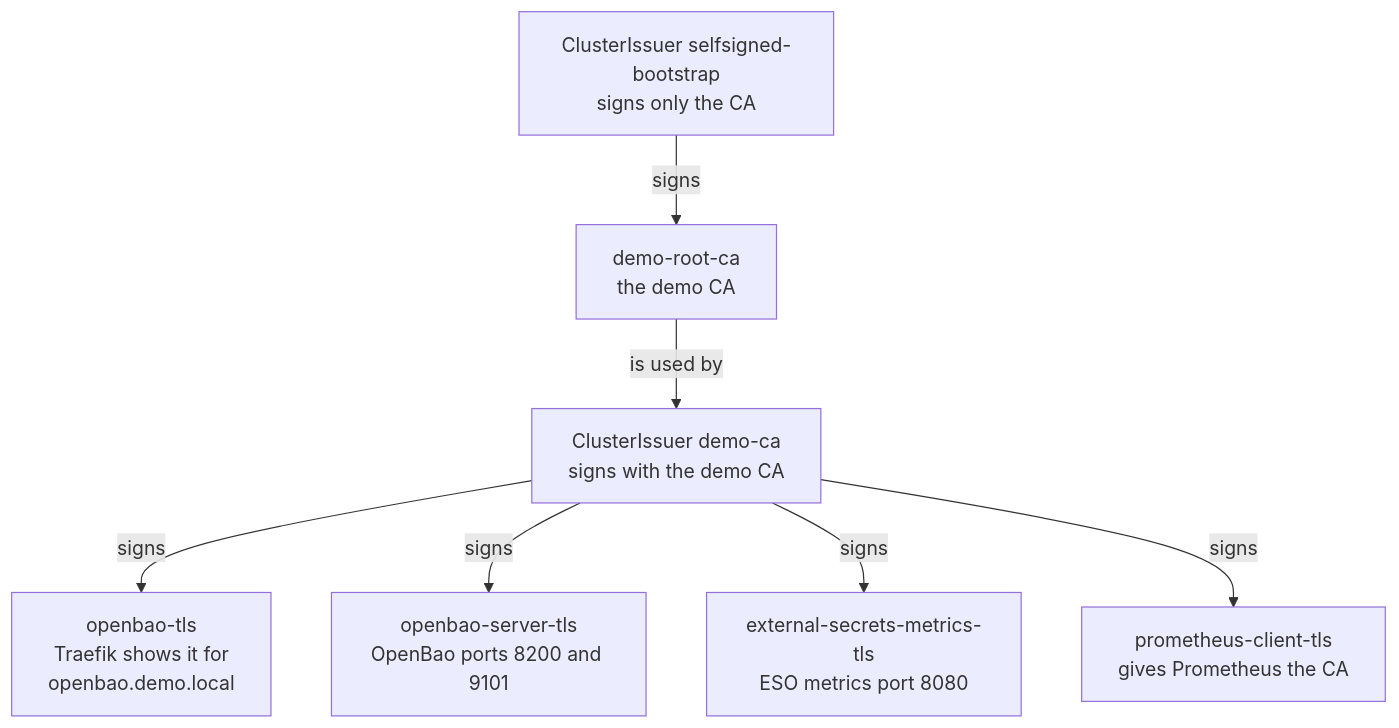
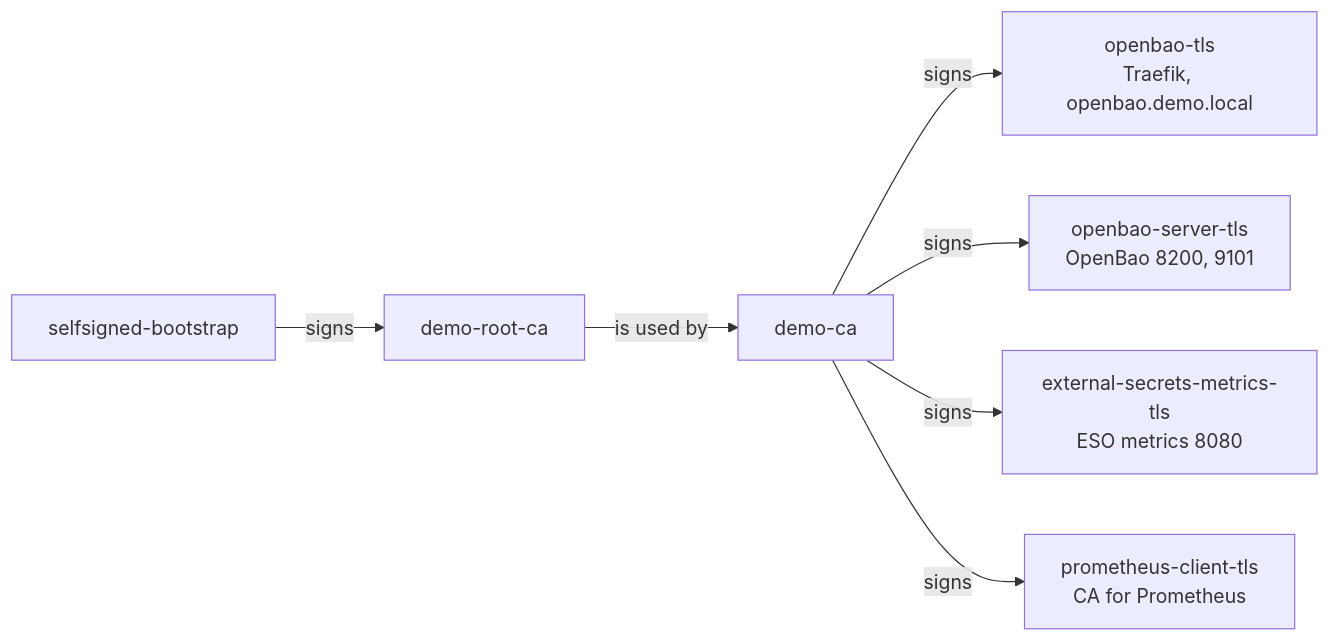
Before and after one commit to arsalanahmedzia/openbao-platform: the third of 4 diagrams in docs/architecture.md, drawn with Mermaid. The commit also changed other lines of this file, not shown here.

Commit message:
Architecture: shorter labels in the diagrams

````diff
--- a/docs/architecture.md
+++ b/docs/architecture.md
@@ -148,17 +148,17 @@
 ```mermaid
-flowchart TB
-  self[ClusterIssuer selfsigned-bootstrap<br/>signs only the CA]
-  ca[demo-root-ca<br/>the demo CA]
-  iss[ClusterIssuer demo-ca<br/>signs with the demo CA]
-  c1[openbao-tls<br/>Traefik shows it for<br/>openbao.demo.local]
-  c2[openbao-server-tls<br/>OpenBao ports 8200 and 9101]
-  c3[external-secrets-metrics-tls<br/>ESO metrics port 8080]
-  c4[prometheus-client-tls<br/>gives Prometheus the CA]
+flowchart LR
+  self[selfsigned-bootstrap]
+  ca[demo-root-ca]
+  iss[demo-ca]
+  c1[openbao-tls<br/>Traefik, openbao.demo.local]
+  c2[openbao-server-tls<br/>OpenBao 8200, 9101]
+  c3[external-secrets-metrics-tls<br/>ESO metrics 8080]
+  c4[prometheus-client-tls<br/>CA for Prometheus]
 
   self -->|"signs"| ca
   ca -->|"is used by"| iss
   iss -->|"signs"| c1
   iss -->|"signs"| c2
   iss -->|"signs"| c3
   iss -->|"signs"| c4
 ```
````
